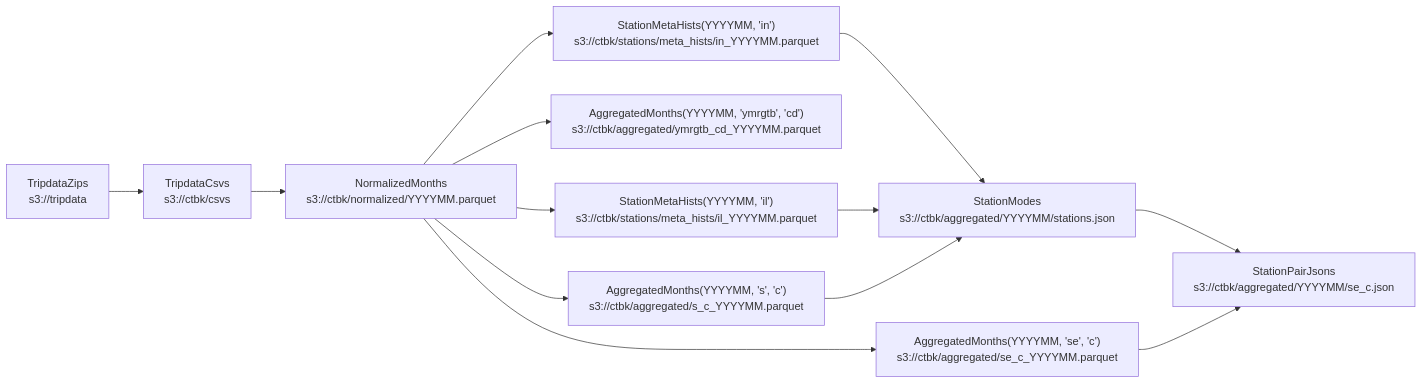
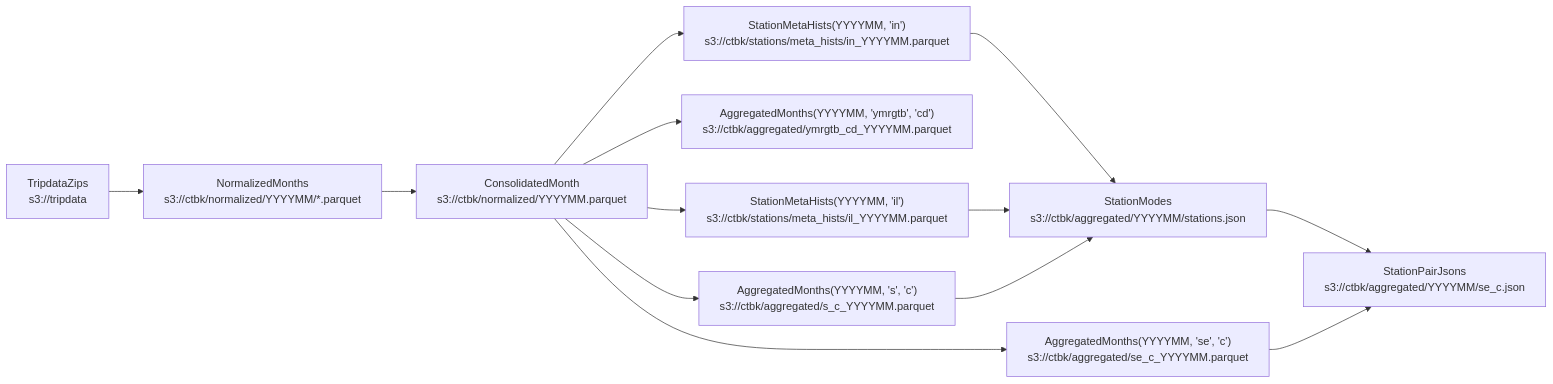
One commit to hudcostreets/ctbk.dev changed the diagram in ctbk/README.md. Above: the diagram before and after it, drawn with Mermaid. The commit also changed other lines of this file and 5 other files, not shown here.

````diff
--- a/ctbk/README.md
+++ b/ctbk/README.md
@@ -24,25 +24,25 @@
 ```mermaid
 flowchart LR;
 z["TripdataZips\ns3://tripdata"]
-c["TripdataCsvs\ns3://ctbk/csvs"]
-n["NormalizedMonths\ns3://ctbk/normalized/YYYYMM.parquet"]
+n["NormalizedMonths\ns3://ctbk/normalized/YYYYMM/*.parquet"]
+cons["ConsolidatedMonth\ns3://ctbk/normalized/YYYYMM.parquet"]
 agg_sc["AggregatedMonths(YYYYMM, 's', 'c')\ns3://ctbk/aggregated/s_c_YYYYMM.parquet"]
 agg_sec["AggregatedMonths(YYYYMM, 'se', 'c')\ns3://ctbk/aggregated/se_c_YYYYMM.parquet"]
 agg_ymrgtb["AggregatedMonths(YYYYMM, 'ymrgtb', 'cd')\ns3://ctbk/aggregated/ymrgtb_cd_YYYYMM.parquet"]
 smh_in["StationMetaHists(YYYYMM, 'in')\ns3://ctbk/stations/meta_hists/in_YYYYMM.parquet"]
 smh_il["StationMetaHists(YYYYMM, 'il')\ns3://ctbk/stations/meta_hists/il_YYYYMM.parquet"]
 sm["StationModes\ns3://ctbk/aggregated/YYYYMM/stations.json"]
 spj["StationPairJsons\ns3://ctbk/aggregated/YYYYMM/se_c.json"]
 
-z --> c --> n
-n --> agg_sc
-n --> agg_sec
-n --> agg_ymrgtb
-n --> smh_in
-n --> smh_il
+z --> n --> cons
+cons --> agg_sc
+cons --> agg_sec
+cons --> agg_ymrgtb
+cons --> smh_in
+cons --> smh_il
 smh_in --> sm
 smh_il --> sm
 agg_sc --> sm
 sm --> spj
 agg_sec --> spj
 ```
````
